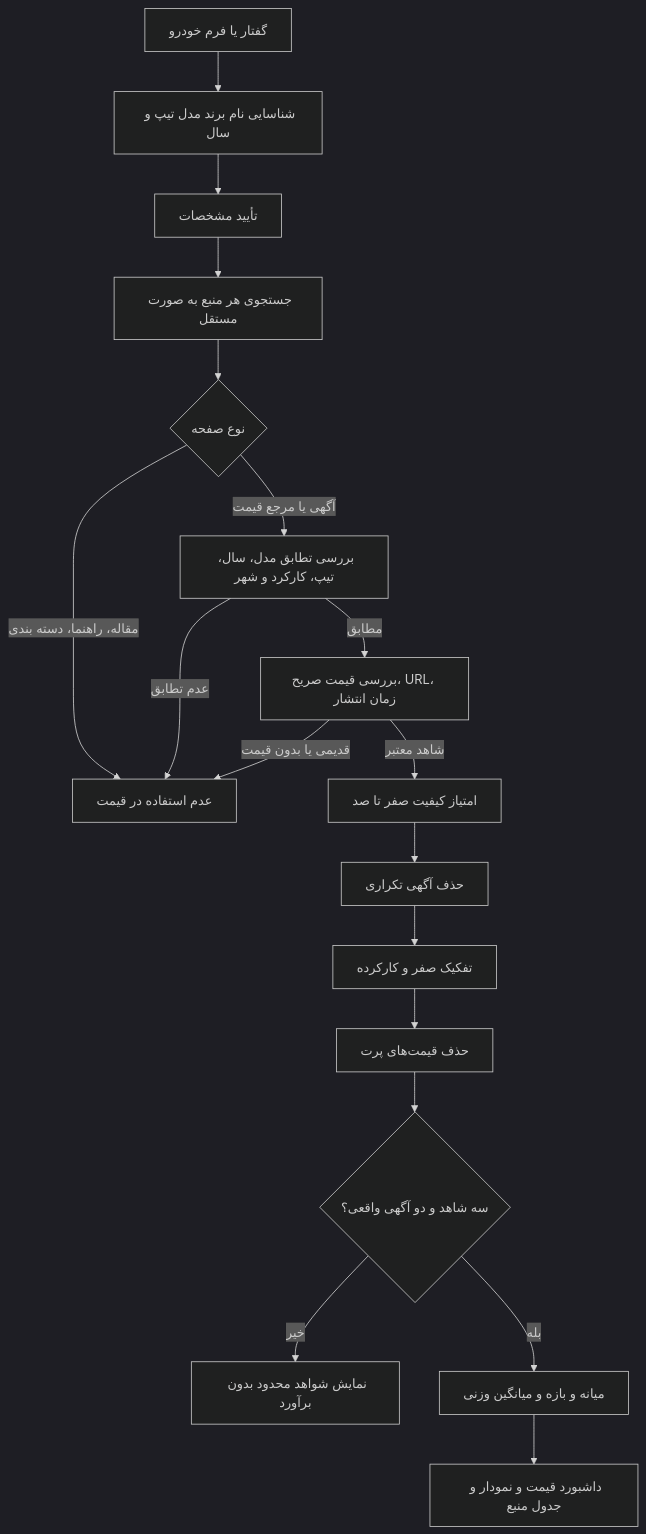
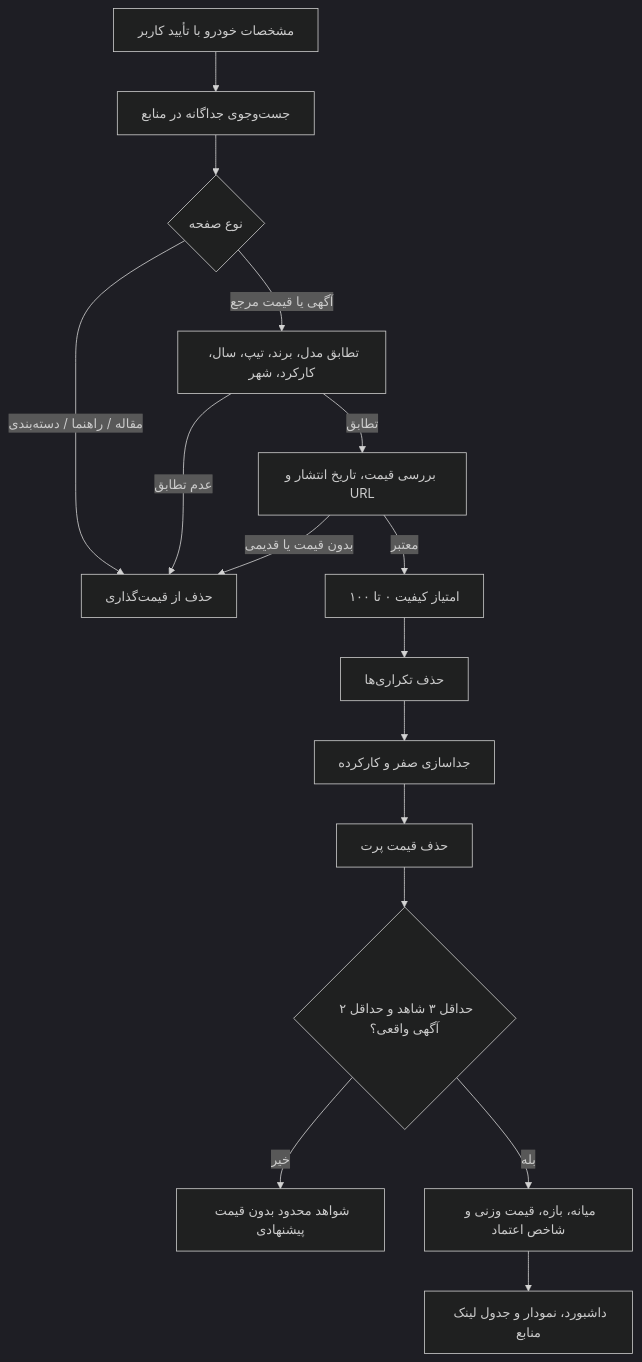
Before and after one commit to daneshavaran2/davoodi-car: the diagram in docs/MARKET_INTELLIGENCE_V22.md, drawn with Mermaid (dark theme). The commit also changed other lines of this file and 24 other files, not shown here.

````diff
--- a/docs/MARKET_INTELLIGENCE_V22.md
+++ b/docs/MARKET_INTELLIGENCE_V22.md
@@ -18,20 +20,18 @@
 ```mermaid
 flowchart TD
- A[گفتار یا فرم خودرو] --> B[شناسایی نام برند مدل تیپ و سال]
- B --> C[تأیید مشخصات]
- C --> D[جستجوی هر منبع به صورت مستقل]
- D --> E{نوع صفحه}
- E -->|مقاله، راهنما، دسته بندی| X[عدم استفاده در قیمت]
- E -->|آگهی یا مرجع قیمت| F[بررسی تطابق مدل، سال، تیپ، کارکرد و شهر]
- F -->|عدم تطابق| X
- F -->|مطابق| G[بررسی قیمت صریح، URL، زمان انتشار]
- G -->|قدیمی یا بدون قیمت| X
- G -->|شاهد معتبر| H[امتیاز کیفیت صفر تا صد]
- H --> I[حذف آگهی تکراری]
- I --> J[تفکیک صفر و کارکرده]
- J --> K[حذف قیمت‌های پرت]
- K --> L{سه شاهد و دو آگهی واقعی؟}
- L -->|خیر| M[نمایش شواهد محدود بدون برآورد]
- L -->|بله| N[میانه و بازه و میانگین وزنی]
- N --> O[داشبورد قیمت و نمودار و جدول منبع]
+ A[مشخصات خودرو با تأیید کاربر] --> B[جست‌وجوی جداگانه در منابع]
+ B --> C{نوع صفحه}
+ C -->|مقاله / راهنما / دسته‌بندی| X[حذف از قیمت‌گذاری]
+ C -->|آگهی یا قیمت مرجع| D[تطابق مدل، برند، تیپ، سال، کارکرد، شهر]
+ D -->|عدم تطابق| X
+ D -->|تطابق| E[بررسی قیمت، تاریخ انتشار و URL]
+ E -->|بدون قیمت یا قدیمی| X
+ E -->|معتبر| F[امتیاز کیفیت ۰ تا ۱۰۰]
+ F --> G[حذف تکراری‌ها]
+ G --> H[جداسازی صفر و کارکرده]
+ H --> I[حذف قیمت پرت]
+ I --> J{حداقل ۳ شاهد و حداقل ۲ آگهی واقعی؟}
+ J -->|خیر| K[شواهد محدود بدون قیمت پیشنهادی]
+ J -->|بله| L[میانه، بازه، قیمت وزنی و شاخص اعتماد]
+ L --> M[داشبورد، نمودار و جدول لینک منابع]
 ```
````
